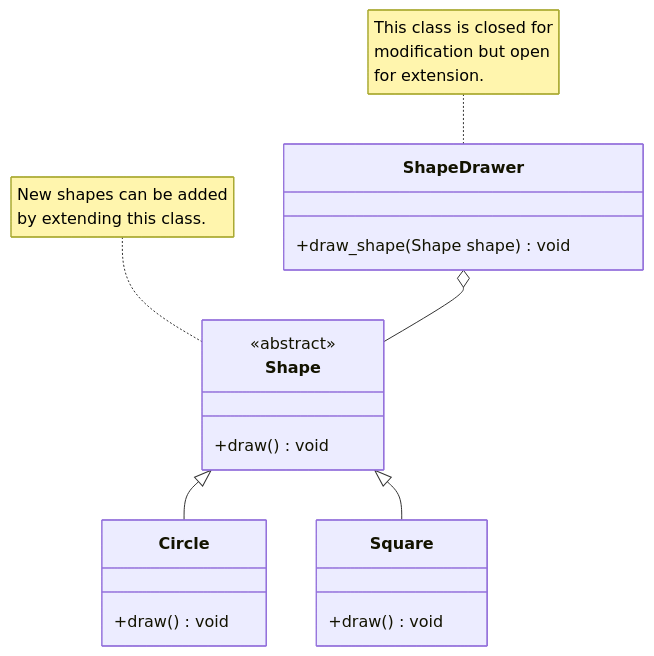
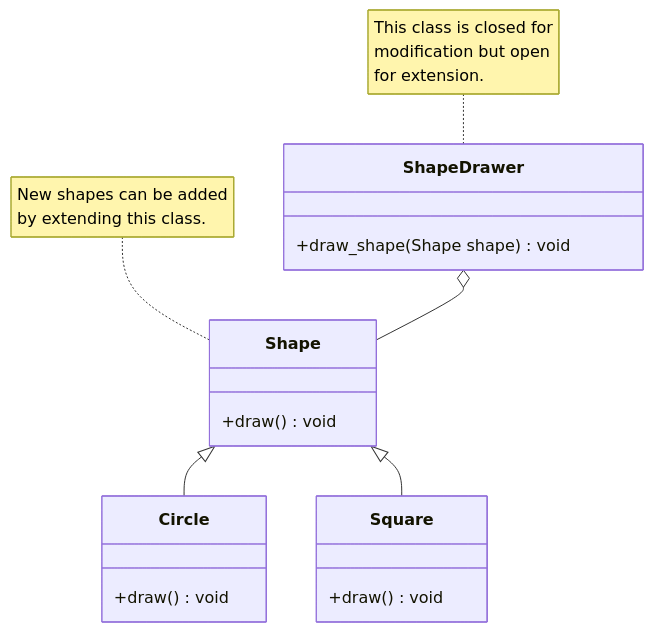
The second of 5 diagrams in content/2025-09-10-solid.md (zhu-weijie/my-static-blog), drawn with Mermaid before and after one commit. The commit also changed other lines of this file and 3 other files, not shown here.

````diff
--- a/content/2025-09-10-solid.md
+++ b/content/2025-09-10-solid.md
@@ -34,23 +34,22 @@
 ```mermaid
 classDiagram
     class ShapeDrawer {
         +draw_shape(Shape shape) void
     }
     class Shape {
-        <<abstract>>
         +draw() void
     }
     class Circle {
         +draw() void
     }
     class Square {
         +draw() void
     }
 
     Shape <|-- Circle
     Shape <|-- Square
     ShapeDrawer o-- Shape
 
     note for Shape "New shapes can be added<br/>by extending this class."
     note for ShapeDrawer "This class is closed for<br/>modification but open<br/>for extension."
 ```
````
